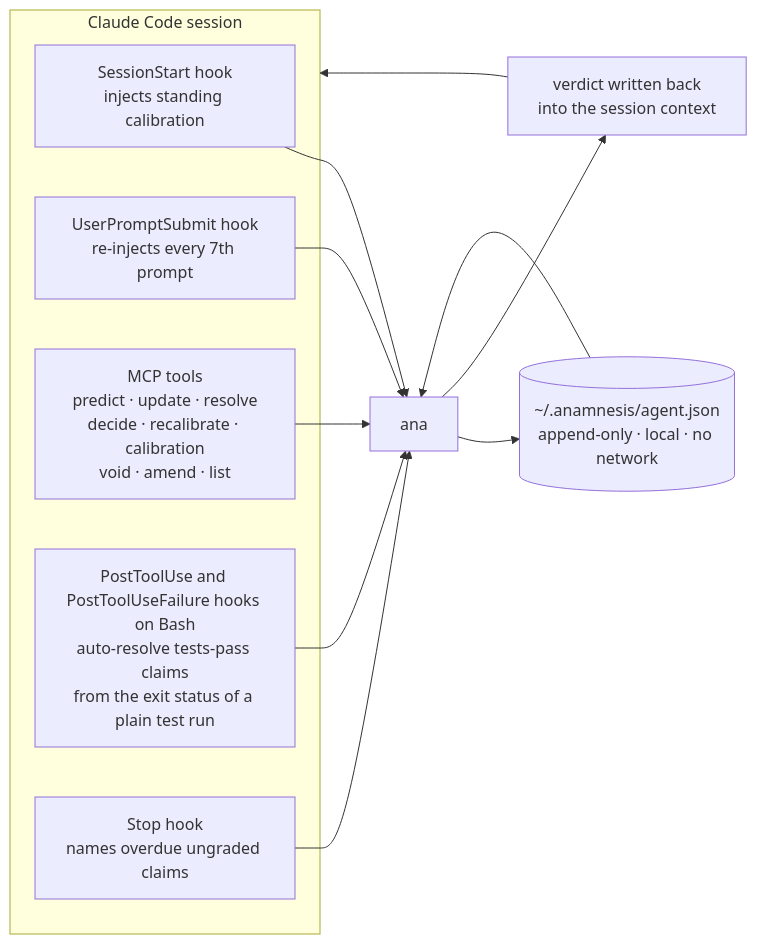
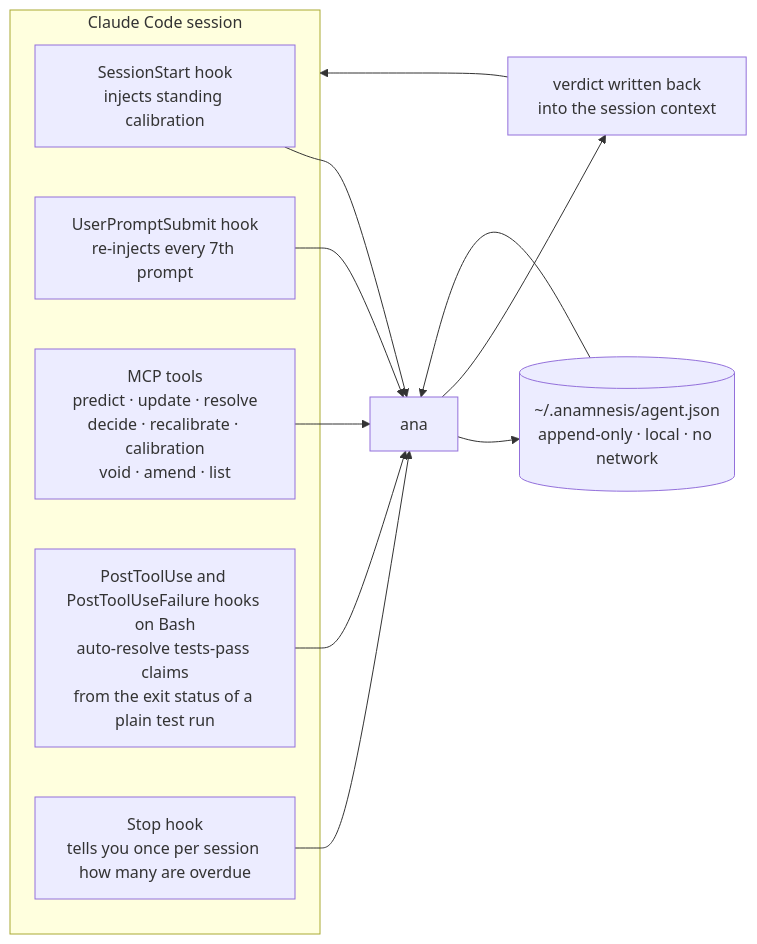
The diagram in docs/AGENTS.md (Anbu-00001/Anamnesis), drawn with Mermaid before and after one commit. The commit also changed 15 other files, not shown here.

First line of the commit message:
0.4.2: stop the Stop hook from forcing the conversation to continue

````diff
--- a/docs/AGENTS.md
+++ b/docs/AGENTS.md
@@ -47,22 +47,22 @@
 ```mermaid
 flowchart LR
     accTitle: How Anamnesis attaches to a Claude Code session
     accDescr: Four lifecycle hooks and nine MCP tools all invoke the same ana binary. It reads and writes one local append-only JSON ledger and returns the current calibration verdict into the session context. No network is involved.
 
     subgraph S["Claude Code session"]
         H1["SessionStart hook<br/>injects standing calibration"]
         H2["UserPromptSubmit hook<br/>re-injects every 7th prompt"]
         T["MCP tools<br/>predict · update · resolve<br/>decide · recalibrate · calibration<br/>void · amend · list"]
         H3["PostToolUse and PostToolUseFailure hooks on Bash<br/>auto-resolve tests-pass claims<br/>from the exit status of a plain test run"]
-        H4["Stop hook<br/>names overdue ungraded claims"]
+        H4["Stop hook<br/>tells you once per session how many are overdue"]
     end
     H1 --> ANA["ana"]
     H2 --> ANA
     T --> ANA
     H3 --> ANA
     H4 --> ANA
     ANA --> L[("~/.anamnesis/agent.json<br/>append-only · local · no network")]
     L --> ANA
     ANA --> V["verdict written back<br/>into the session context"]
     V --> S
 ```
````
